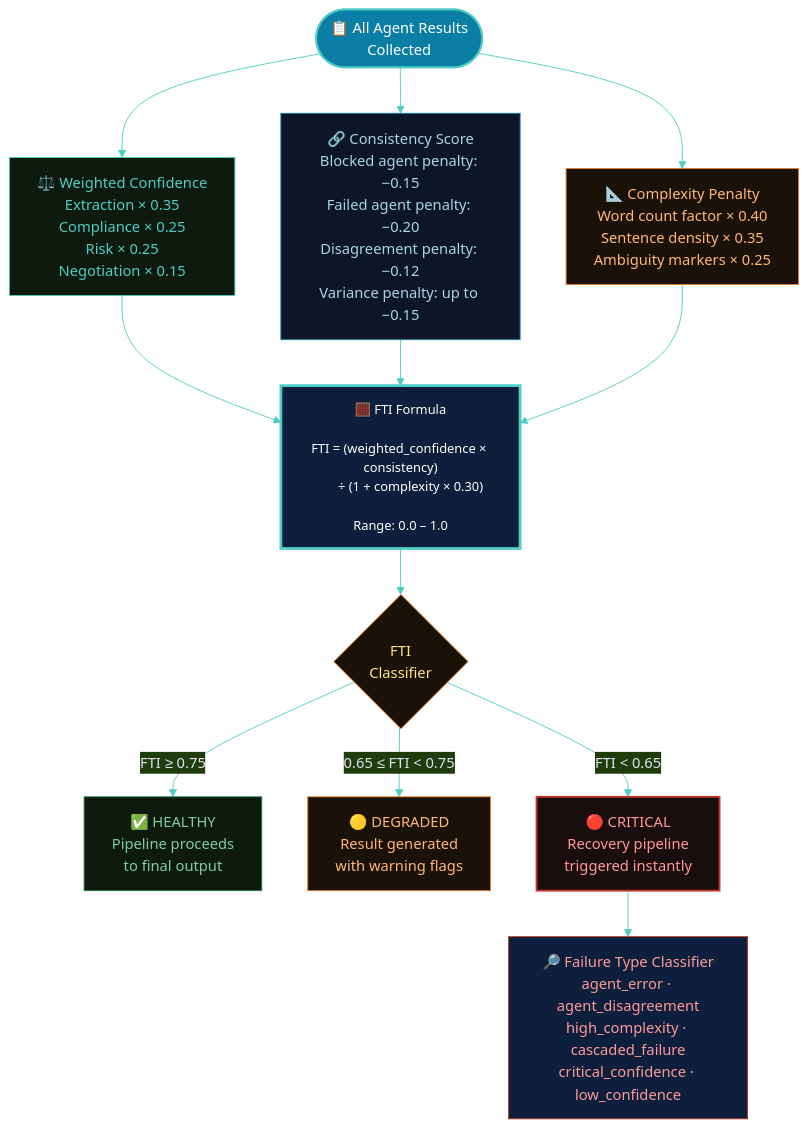
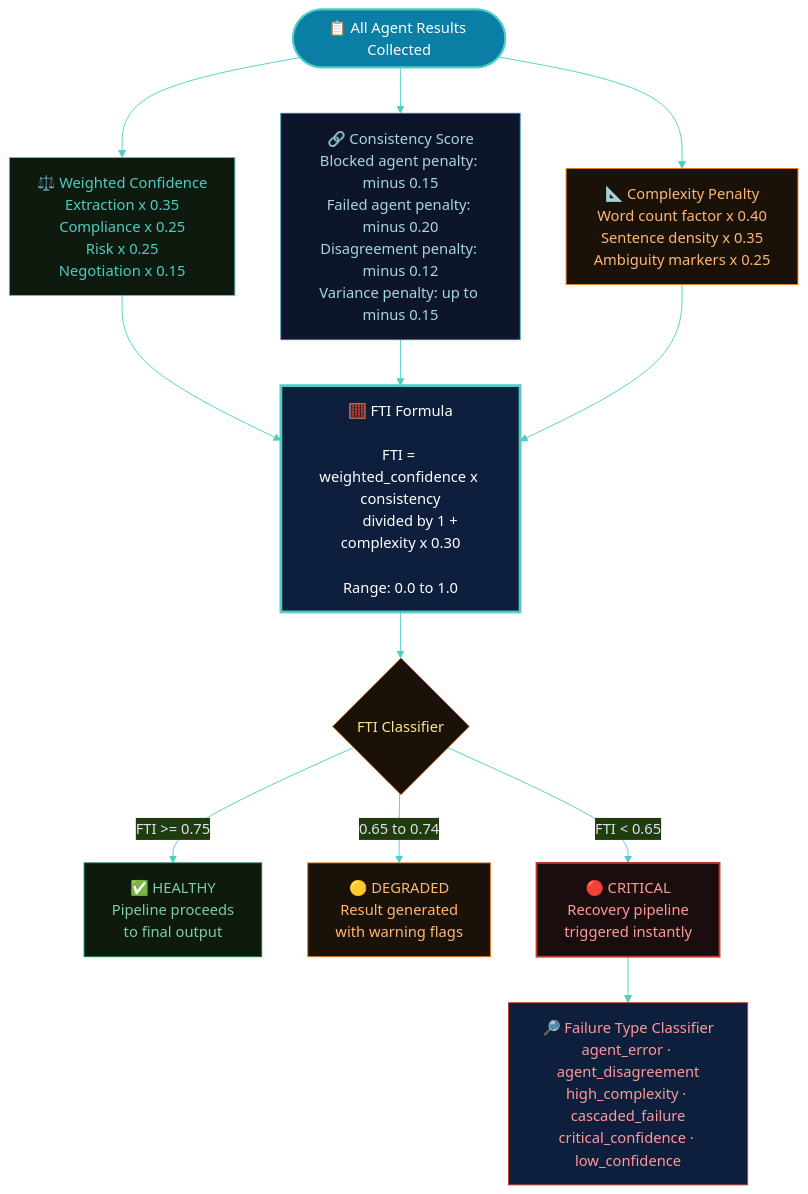
The fifth of 7 diagrams in README.md (debasmita30/aria-contract-intelligence), drawn with Mermaid before and after one commit. The commit also changed other lines of this file, not shown here.

````diff
--- a/README.md
+++ b/README.md
@@ -261,30 +262,30 @@
 ```mermaid
 %%{init: {'theme': 'base', 'themeVariables': {'primaryColor': '#0D1F3C', 'primaryTextColor': '#E0E0F0', 'primaryBorderColor': '#0A7EA4', 'lineColor': '#4ECDC4', 'background': '#060d1a', 'mainBkg': '#0D1F3C', 'clusterBkg': '#060d1a', 'titleColor': '#E0E0F0', 'fontFamily': 'monospace'}}}%%
 flowchart TD
-    START(["📋 All Agent Results\nCollected"])
+    START(["📋 All Agent Results Collected"])
 
-    START --> WC["⚖️ Weighted Confidence\nExtraction × 0.35\nCompliance × 0.25\nRisk × 0.25\nNegotiation × 0.15"]
-    START --> CS["🔗 Consistency Score\nBlocked agent penalty: −0.15\nFailed agent penalty: −0.20\nDisagreement penalty: −0.12\nVariance penalty: up to −0.15"]
-    START --> CP["📐 Complexity Penalty\nWord count factor × 0.40\nSentence density × 0.35\nAmbiguity markers × 0.25"]
+    START --> WC["⚖️ Weighted Confidence\nExtraction x 0.35\nCompliance x 0.25\nRisk x 0.25\nNegotiation x 0.15"]
+    START --> CS["🔗 Consistency Score\nBlocked agent penalty: minus 0.15\nFailed agent penalty: minus 0.20\nDisagreement penalty: minus 0.12\nVariance penalty: up to minus 0.15"]
+    START --> CP["📐 Complexity Penalty\nWord count factor x 0.40\nSentence density x 0.35\nAmbiguity markers x 0.25"]
 
-    WC & CS & CP --> FORMULA["🧮 FTI Formula\n\nFTI = (weighted_confidence × consistency)\n      ÷ (1 + complexity × 0.30)\n\nRange: 0.0 – 1.0"]
+    WC & CS & CP --> FORMULA["🧮 FTI Formula\n\nFTI = weighted_confidence x consistency\n      divided by 1 + complexity x 0.30\n\nRange: 0.0 to 1.0"]
 
-    FORMULA --> CLASSIFY{"FTI\nClassifier"}
+    FORMULA --> CLASSIFY{"FTI Classifier"}
 
-    CLASSIFY -->|"FTI ≥ 0.75"| HEALTHY["✅ HEALTHY\nPipeline proceeds\nto final output"]
-    CLASSIFY -->|"0.65 ≤ FTI < 0.75"| DEGRADED["🟡 DEGRADED\nResult generated\nwith warning flags"]
+    CLASSIFY -->|"FTI >= 0.75"| HEALTHY["✅ HEALTHY\nPipeline proceeds\nto final output"]
+    CLASSIFY -->|"0.65 to 0.74"| DEGRADED["🟡 DEGRADED\nResult generated\nwith warning flags"]
     CLASSIFY -->|"FTI < 0.65"| CRITICAL["🔴 CRITICAL\nRecovery pipeline\ntriggered instantly"]
 
     CRITICAL --> FTYPE["🔎 Failure Type Classifier\nagent_error · agent_disagreement\nhigh_complexity · cascaded_failure\ncritical_confidence · low_confidence"]
 
     style START fill:#0A7EA4,stroke:#4ECDC4,color:#fff,stroke-width:2px
     style WC fill:#0d1a0d,stroke:#4ECDC4,color:#4ECDC4
     style CS fill:#0d1628,stroke:#0A7EA4,color:#A8D5E2
     style CP fill:#1a1209,stroke:#E67E22,color:#FFB673
-    style FORMULA fill:#0D1F3C,stroke:#4ECDC4,stroke-width:3px,color:#fff,font-size:14px
+    style FORMULA fill:#0D1F3C,stroke:#4ECDC4,stroke-width:3px,color:#fff
     style CLASSIFY fill:#1a1209,stroke:#E67E22,color:#FFE580
     style HEALTHY fill:#0d1a0d,stroke:#1A7A4A,color:#7DCEA0
     style DEGRADED fill:#1a1209,stroke:#E67E22,color:#FFB673
     style CRITICAL fill:#1a0d0d,stroke:#C0392B,color:#FF9999,stroke-width:2px
     style FTYPE fill:#0D1F3C,stroke:#C0392B,color:#FF9999
 ```
````
